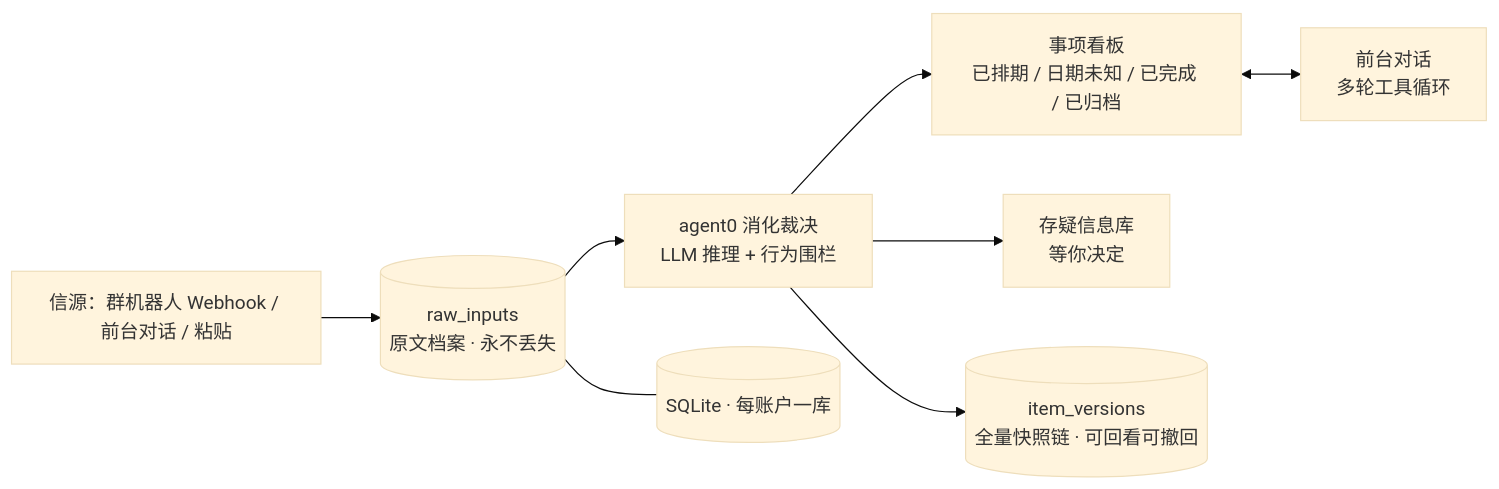
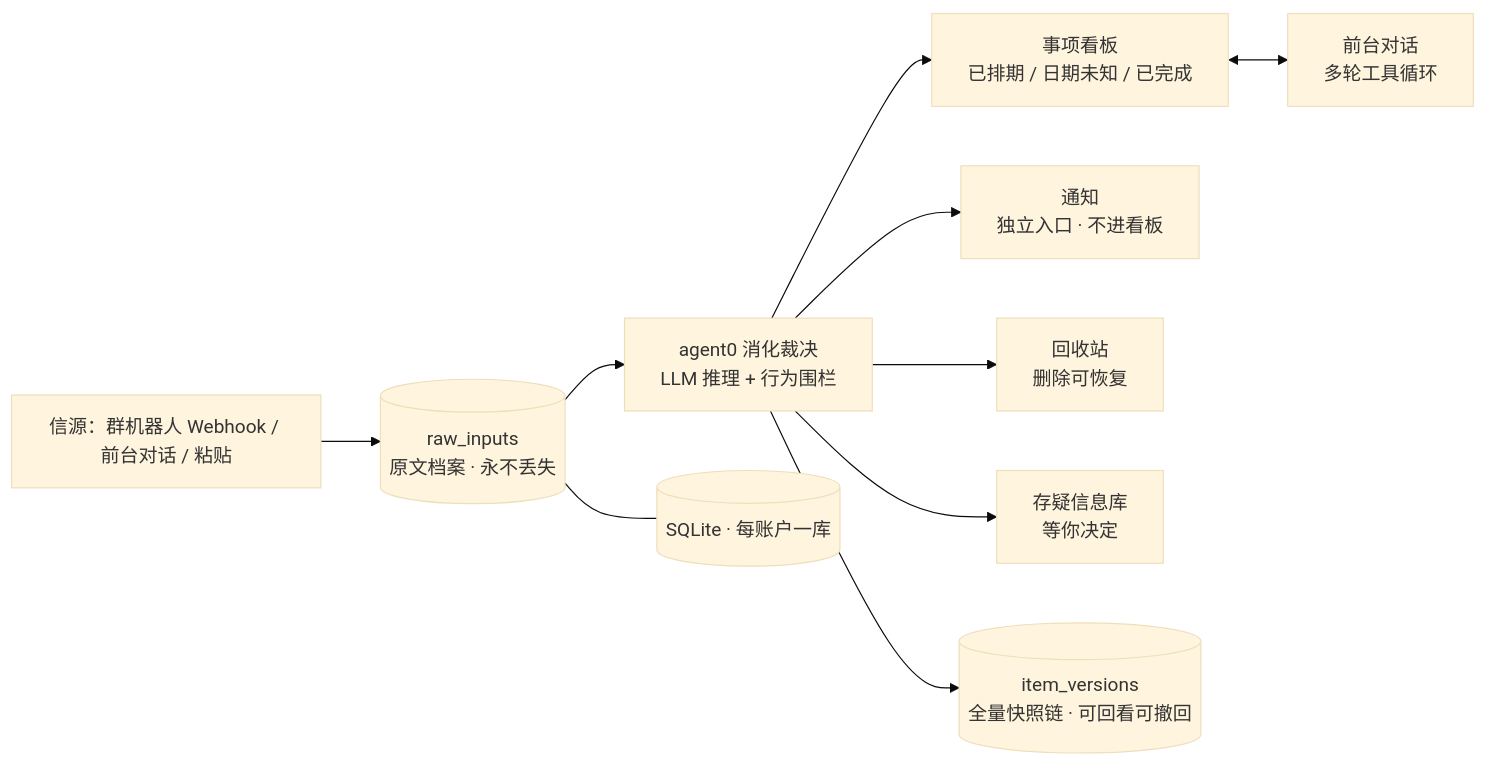
Before and after one commit to Lotuses-robot/Summarizing: the diagram in README.md, drawn with Mermaid (base theme). The commit also changed other lines of this file and 15 other files, not shown here.

````diff
--- a/README.md
+++ b/README.md
@@ -111,10 +111,12 @@
 ```mermaid
 flowchart LR
     A["信源：群机器人 Webhook / 前台对话 / 粘贴"] --> R[("raw_inputs<br/>原文档案 · 永不丢失")]
     R --> G["agent0 消化裁决<br/>LLM 推理 + 行为围栏"]
-    G --> B["事项看板<br/>已排期 / 日期未知 / 已完成 / 已归档"]
+    G --> B["事项看板<br/>已排期 / 日期未知 / 已完成"]
+    G --> N["通知<br/>独立入口 · 不进看板"]
+    G --> T["回收站<br/>删除可恢复"]
     G --> U["存疑信息库<br/>等你决定"]
     G --> V[("item_versions<br/>全量快照链 · 可回看可撤回")]
     B <--> C["前台对话<br/>多轮工具循环"]
     R --- F[("SQLite · 每账户一库")]
 ```
````
